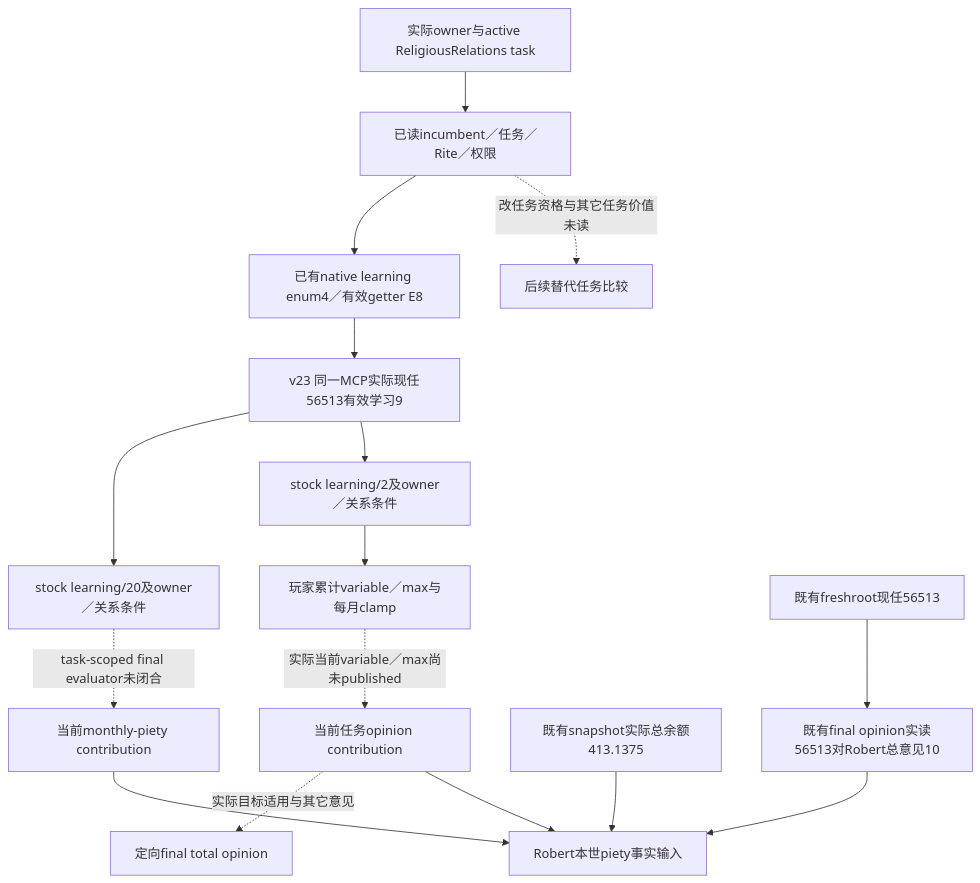
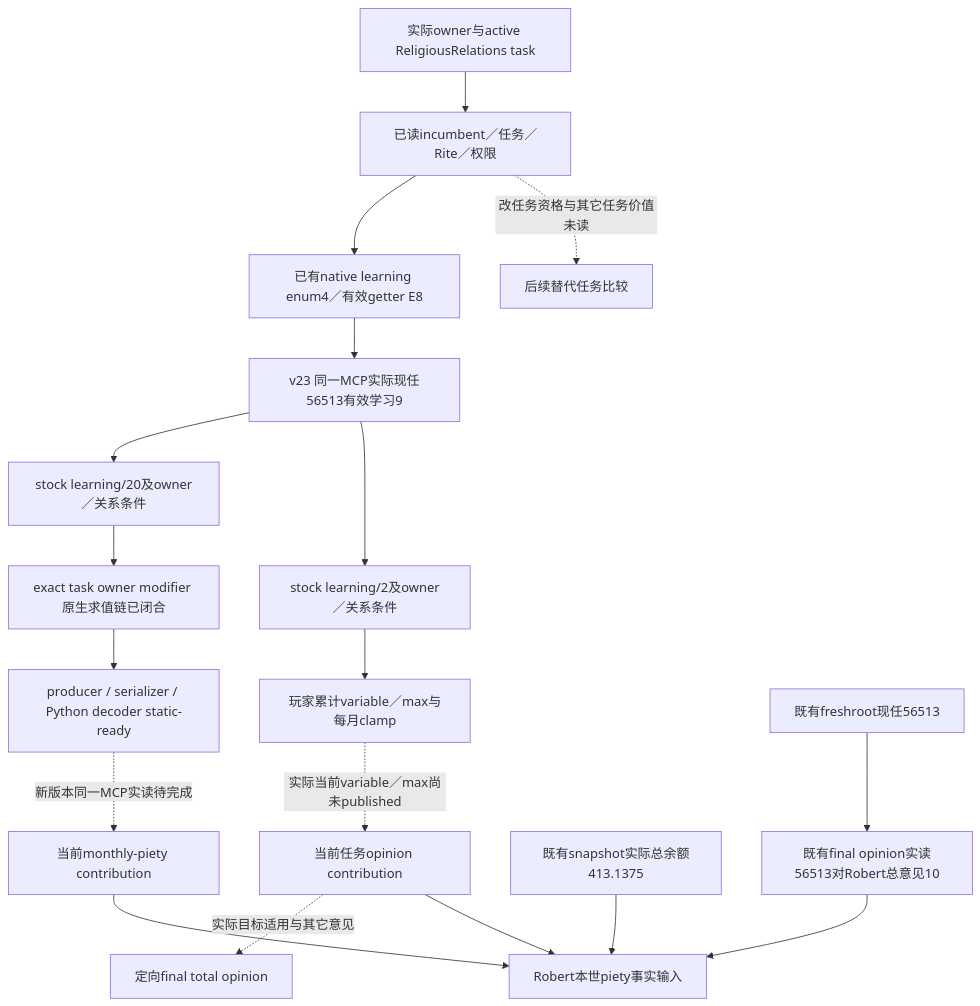
The first of 2 diagrams in docs/ck3-native-ai/religious-relations-task-value-native-ai-12003.md (XenoAmess/ck3_eternal_recurrence), drawn with Mermaid before and after one commit. The commit also changed other lines of this file and 48 other files, not shown here.

````diff
--- a/docs/ck3-native-ai/religious-relations-task-value-native-ai-12003.md
+++ b/docs/ck3-native-ai/religious-relations-task-value-native-ai-12003.md
@@ -63,18 +63,20 @@
 ```mermaid
 flowchart TD
     A[实际owner与active ReligiousRelations task] --> I[已读incumbent／任务／Rite／权限]
     I --> L[已有native learning enum4／有效getter E8]
     L --> LP[v23 同一MCP实际现任56513有效学习9]
     LP --> P[stock learning/20及owner／关系条件]
     LP --> O[stock learning/2及owner／关系条件]
-    P -. task-scoped final evaluator未闭合 .-> PV[当前monthly-piety contribution]
+    P --> E[exact task owner modifier 原生求值链已闭合]
+    E --> S[producer / serializer / Python decoder static-ready]
+    S -. 新版本同一MCP实读待完成 .-> PV[当前monthly-piety contribution]
     O --> V[玩家累计variable／max与每月clamp]
     V -. 实际当前variable／max尚未published .-> OV[当前任务opinion contribution]
     OV -. 实际目标适用与其它意见 .-> TO[定向final total opinion]
     PV --> D[Robert本世piety事实输入]
     OV --> D
     SB[既有snapshot实际总余额413.1375] --> D
     RO[既有freshroot现任56513] --> PO[既有final opinion实读56513对Robert总意见10]
     PO --> D
     I -. 改任务资格与其它任务价值未读 .-> X[后续替代任务比较]
 ```
````
